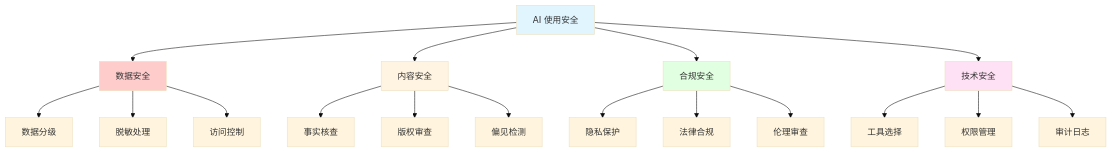
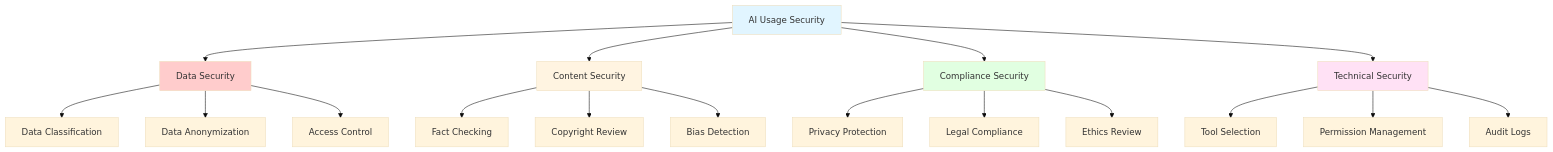
Before and after one commit to tianhongTina/ai-literacy-bootcamp: the first of 3 diagrams in docs/lessons/lesson-7.md, drawn with Mermaid (base theme). The commit also changed other lines of this file and 18 other files, not shown here.

````diff
--- a/docs/lessons/lesson-7.md
+++ b/docs/lessons/lesson-7.md
@@ -38,29 +38,29 @@
 ```mermaid
 graph TB
-    A[AI 使用安全] --> B[数据安全]
-    A --> C[内容安全]
-    A --> D[合规安全]
-    A --> E[技术安全]
+    A[AI Usage Security] --> B[Data Security]
+    A --> C[Content Security]
+    A --> D[Compliance Security]
+    A --> E[Technical Security]
     
-    B --> B1[数据分级]
-    B --> B2[脱敏处理]
-    B --> B3[访问控制]
+    B --> B1[Data Classification]
+    B --> B2[Data Anonymization]
+    B --> B3[Access Control]
     
-    C --> C1[事实核查]
-    C --> C2[版权审查]
-    C --> C3[偏见检测]
+    C --> C1[Fact Checking]
+    C --> C2[Copyright Review]
+    C --> C3[Bias Detection]
     
-    D --> D1[隐私保护]
-    D --> D2[法律合规]
-    D --> D3[伦理审查]
+    D --> D1[Privacy Protection]
+    D --> D2[Legal Compliance]
+    D --> D3[Ethics Review]
     
-    E --> E1[工具选择]
-    E --> E2[权限管理]
-    E --> E3[审计日志]
+    E --> E1[Tool Selection]
+    E --> E2[Permission Management]
+    E --> E3[Audit Logs]
     
     style A fill:#e1f5ff
     style B fill:#ffcccc
     style C fill:#fff4e1
     style D fill:#e1ffe1
     style E fill:#ffe1f5
 ```
````
